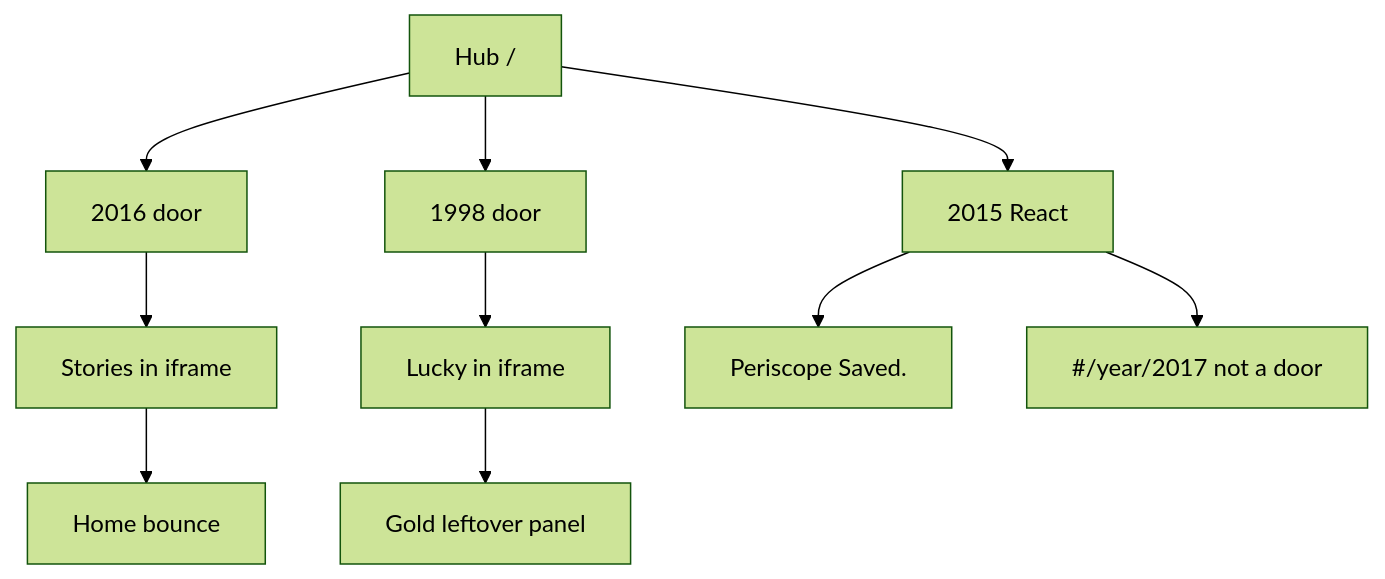
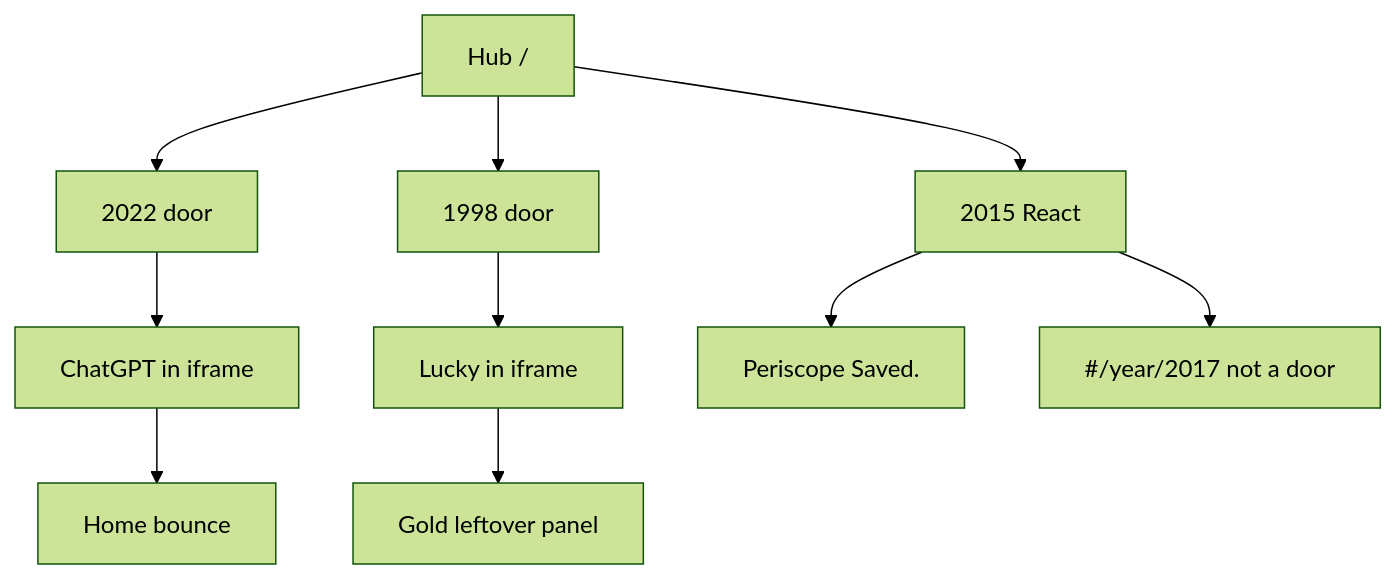
Before and after one commit to sourabhligade/internet-through-time: the second of 2 diagrams in docs/PHASE-SCAN.md, drawn with Mermaid (forest theme). The commit also changed other lines of this file and 120 other files, not shown here.

````diff
--- a/docs/PHASE-SCAN.md
+++ b/docs/PHASE-SCAN.md
@@ -362,12 +359,12 @@
 ```mermaid
 flowchart TD
-  hub["Hub /"] --> y16["2016 door"]
+  hub["Hub /"] --> y22["2022 door"]
   hub --> y98["1998 door"]
   hub --> y15["2015 React"]
-  y16 --> stories["Stories in iframe"]
-  stories --> home["Home bounce"]
+  y22 --> gpt["ChatGPT in iframe"]
+  gpt --> home["Home bounce"]
   y98 --> lucky["Lucky in iframe"]
   lucky --> gold["Gold leftover panel"]
   y15 --> peri["Periscope Saved."]
   y15 --> y17["#/year/2017 not a door"]
 ```
````
